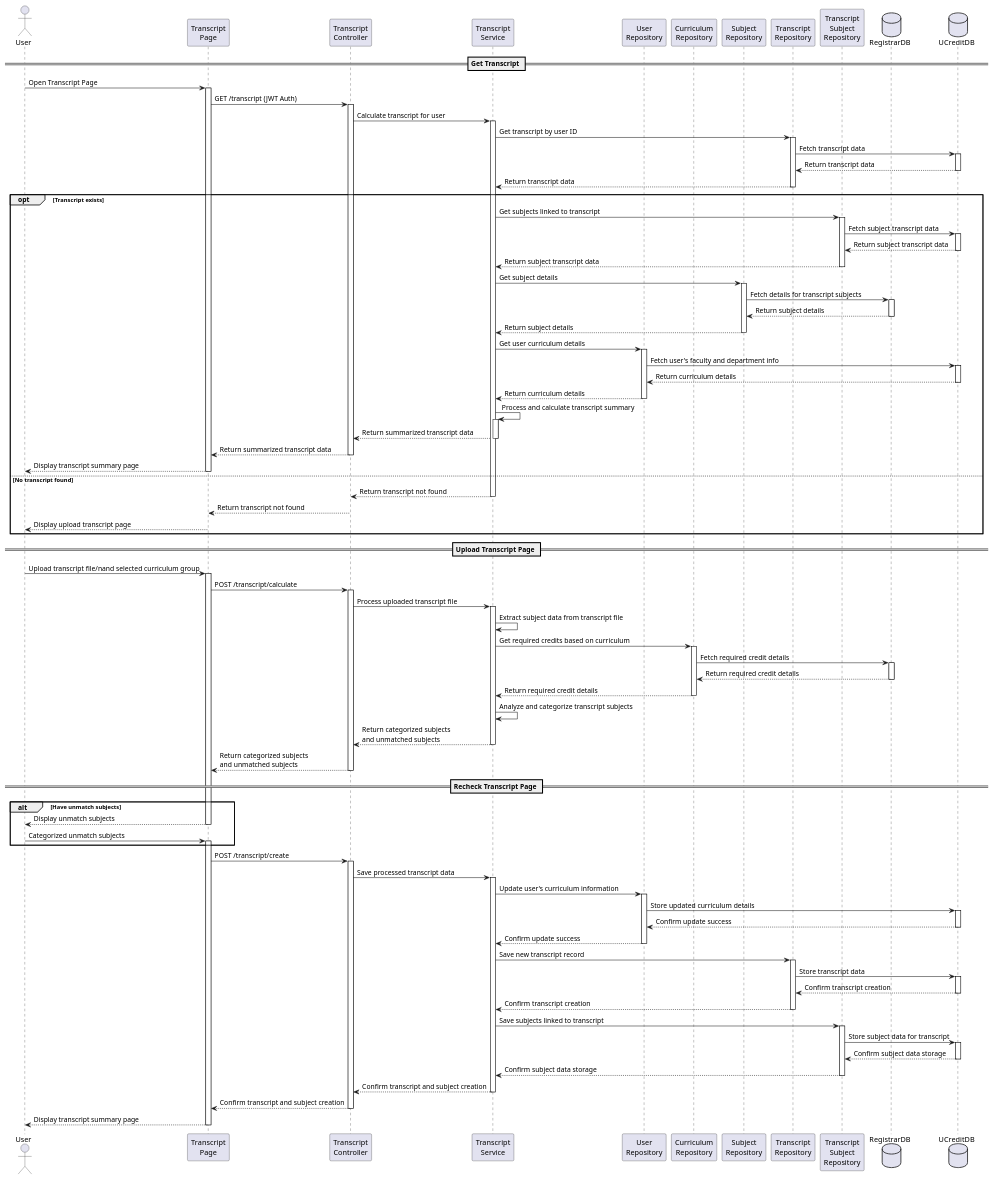
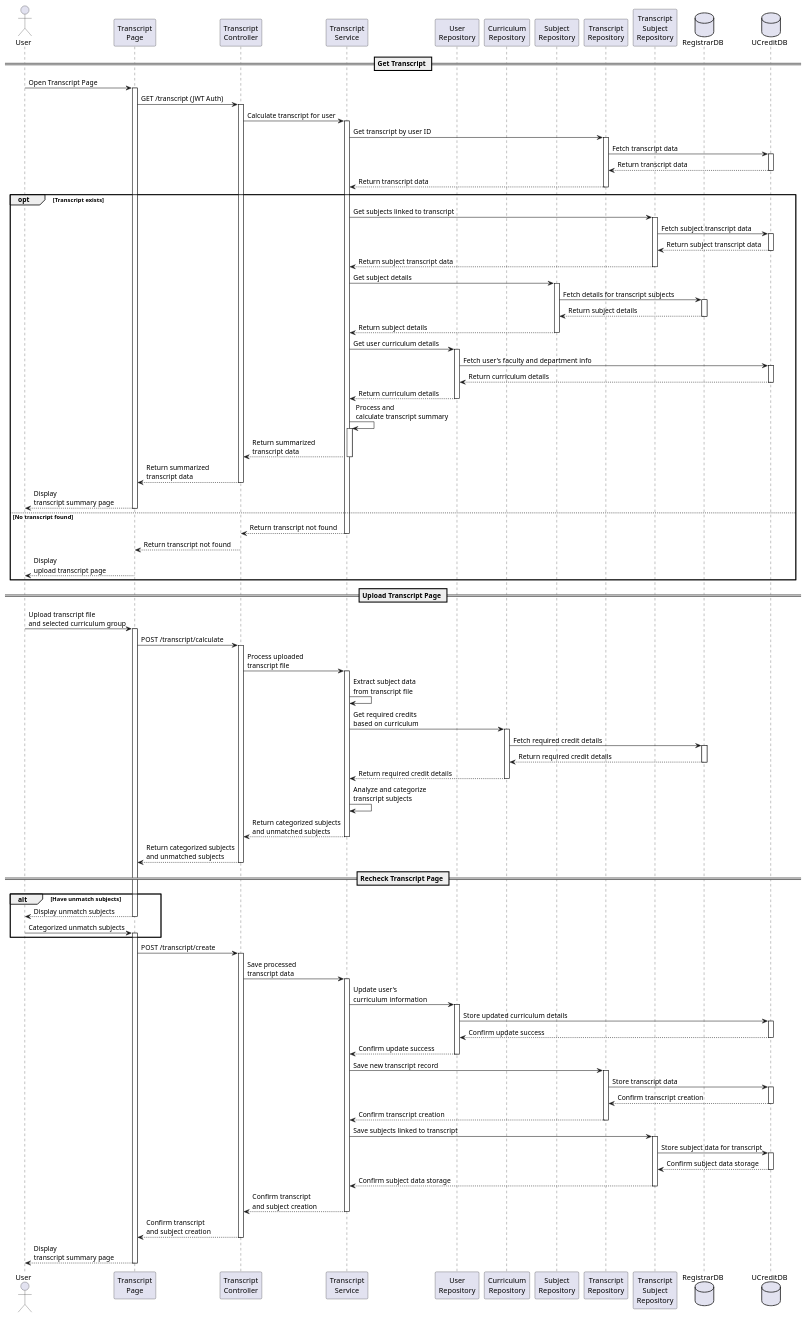
One commit to u-credit/solution changed the diagram in diagram/transcript-page-sequence-component.plantuml. Above: the diagram before and after it, drawn with PlantUML. The commit also changed 1 other file, not shown here.

Commit message:
Reword transcript sequence

```diff
--- a/diagram/transcript-page-sequence-component.plantuml
+++ b/diagram/transcript-page-sequence-component.plantuml
@@ -1,91 +1,91 @@
 @startuml Transcript Page
 actor User
 participant "Transcript\nPage" as Frontend
 participant "Transcript\nController" as Controller
 participant "Transcript\nService" as Service
 participant "User\nRepository" as UserRepository
 participant "Curriculum\nRepository" as CurriculumRepository
 participant "Subject\nRepository" as SubjectRepository
 participant "Transcript\nRepository" as TranscriptRepository
 participant "Transcript\nSubject\nRepository" as TranscriptSubjectRepository
 database "RegistrarDB" as Reg
 database "UCreditDB" as Ucredit
 
 == Get Transcript ==
 User -> Frontend ++ : Open Transcript Page
 Frontend -> Controller ++ : GET /transcript (JWT Auth)
 Controller -> Service ++ : Calculate transcript for user
 Service -> TranscriptRepository ++ : Get transcript by user ID
 TranscriptRepository -> Ucredit ++ : Fetch transcript data
 Ucredit --> TranscriptRepository -- : Return transcript data
 TranscriptRepository --> Service -- : Return transcript data
 
 opt Transcript exists
     Service -> TranscriptSubjectRepository ++ : Get subjects linked to transcript
     TranscriptSubjectRepository -> Ucredit ++ : Fetch subject transcript data
     Ucredit --> TranscriptSubjectRepository -- : Return subject transcript data
     TranscriptSubjectRepository --> Service -- : Return subject transcript data
 
     Service -> SubjectRepository ++ : Get subject details
     SubjectRepository -> Reg ++ : Fetch details for transcript subjects
     Reg --> SubjectRepository -- : Return subject details
     SubjectRepository --> Service -- : Return subject details
 
     Service -> UserRepository ++ : Get user curriculum details
     UserRepository -> Ucredit ++ : Fetch user's faculty and department info
     Ucredit --> UserRepository -- : Return curriculum details
     UserRepository --> Service -- : Return curriculum details
 
-    Service -> Service ++ : Process and calculate transcript summary
-    Service --> Controller -- : Return summarized transcript data
-    Controller --> Frontend -- : Return summarized transcript data
-    Frontend --> User -- : Display transcript summary page
+    Service -> Service ++ : Process and\ncalculate transcript summary
+    Service --> Controller -- : Return summarized\ntranscript data
+    Controller --> Frontend -- : Return summarized\ntranscript data
+    Frontend --> User -- : Display\ntranscript summary page
 else No transcript found
     Service --> Controller -- : Return transcript not found
     Controller --> Frontend -- : Return transcript not found
-    Frontend --> User -- : Display upload transcript page
+    Frontend --> User -- : Display\nupload transcript page
 end
 
 == Upload Transcript Page ==
-User -> Frontend ++ : Upload transcript file/nand selected curriculum group
+User -> Frontend ++ : Upload transcript file\nand selected curriculum group
 Frontend -> Controller ++ : POST /transcript/calculate
-Controller -> Service ++ : Process uploaded transcript file
-Service -> Service : Extract subject data from transcript file
+Controller -> Service ++ : Process uploaded\ntranscript file
+Service -> Service : Extract subject data\nfrom transcript file
 
-Service -> CurriculumRepository ++ : Get required credits based on curriculum
+Service -> CurriculumRepository ++ : Get required credits\nbased on curriculum
 CurriculumRepository -> Reg ++ : Fetch required credit details
 Reg --> CurriculumRepository -- : Return required credit details
 CurriculumRepository --> Service -- : Return required credit details
 
-Service -> Service : Analyze and categorize transcript subjects
+Service -> Service : Analyze and categorize\ntranscript subjects
 Service --> Controller -- : Return categorized subjects\nand unmatched subjects
 Controller --> Frontend -- : Return categorized subjects\nand unmatched subjects
 
 == Recheck Transcript Page ==
 alt Have unmatch subjects
     Frontend --> User -- : Display unmatch subjects
     User -> Frontend ++ : Categorized unmatch subjects
 end
 
 Frontend -> Controller ++ : POST /transcript/create
-Controller -> Service ++ : Save processed transcript data
-Service -> UserRepository ++ : Update user's curriculum information
+Controller -> Service ++ : Save processed\ntranscript data
+Service -> UserRepository ++ : Update user's\ncurriculum information
 UserRepository -> Ucredit ++ : Store updated curriculum details
 Ucredit --> UserRepository -- : Confirm update success
 UserRepository --> Service -- : Confirm update success
 
 Service -> TranscriptRepository ++ : Save new transcript record
 TranscriptRepository -> Ucredit ++ : Store transcript data
 Ucredit --> TranscriptRepository -- : Confirm transcript creation
 TranscriptRepository --> Service -- : Confirm transcript creation
 
 Service -> TranscriptSubjectRepository ++ : Save subjects linked to transcript
 TranscriptSubjectRepository -> Ucredit ++ : Store subject data for transcript
 Ucredit --> TranscriptSubjectRepository -- : Confirm subject data storage
 TranscriptSubjectRepository --> Service -- : Confirm subject data storage
 
-Service --> Controller -- : Confirm transcript and subject creation
-Controller --> Frontend -- : Confirm transcript and subject creation
-Frontend --> User -- : Display transcript summary page
+Service --> Controller -- : Confirm transcript\nand subject creation
+Controller --> Frontend -- : Confirm transcript\nand subject creation
+Frontend --> User -- : Display\ntranscript summary page
 
 @enduml
```
